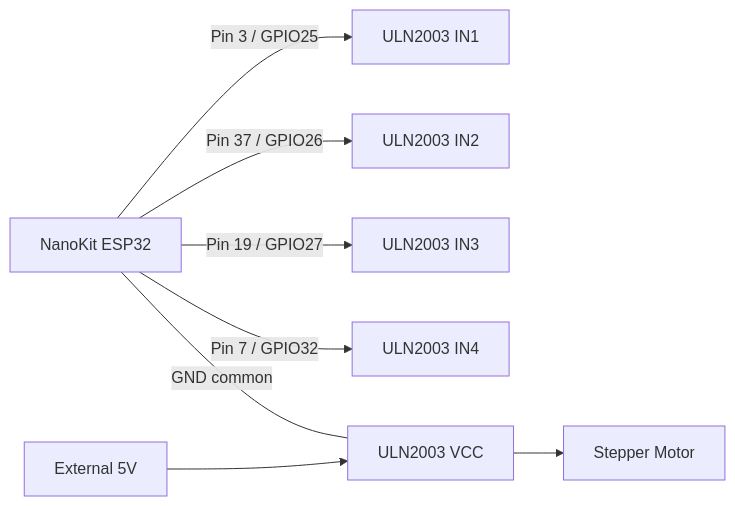
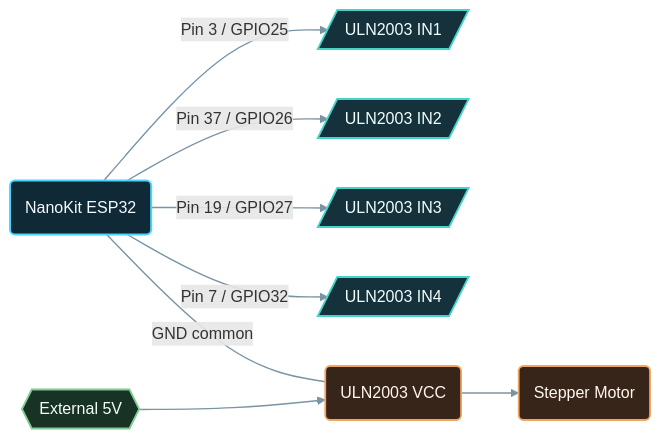
Before and after one commit to ProAmineOfficial/NanoKit-ESP32: the diagram in examples_on_platformio/stepper_motor_control/images/connection-diagram.md, drawn with Mermaid. The commit also changed 15 other files, not shown here.

Commit message:
docs: apply semantic Mermaid styling

````diff
--- a/examples_on_platformio/stepper_motor_control/images/connection-diagram.md
+++ b/examples_on_platformio/stepper_motor_control/images/connection-diagram.md
@@ -5,10 +5,20 @@
 ```mermaid
 flowchart LR
-  NK[NanoKit ESP32] -->|Pin 3 / GPIO25| IN1[ULN2003 IN1]
-  NK -->|Pin 37 / GPIO26| IN2[ULN2003 IN2]
-  NK -->|Pin 19 / GPIO27| IN3[ULN2003 IN3]
-  NK -->|Pin 7 / GPIO32| IN4[ULN2003 IN4]
-  SUPPLY[External 5V] --> DRIVER[ULN2003 VCC]
+  NK("NanoKit ESP32") -->|Pin 3 / GPIO25| IN1[/ULN2003 IN1/]
+  NK -->|Pin 37 / GPIO26| IN2[/ULN2003 IN2/]
+  NK -->|Pin 19 / GPIO27| IN3[/ULN2003 IN3/]
+  NK -->|Pin 7 / GPIO32| IN4[/ULN2003 IN4/]
+  SUPPLY{{External 5V}} --> DRIVER("ULN2003 VCC")
   NK ---|GND common| DRIVER
-  DRIVER --> MOTOR[Stepper Motor]
+  DRIVER --> MOTOR("Stepper Motor")
+
+  classDef controller fill:#102936,stroke:#4dd4ff,stroke-width:2px,color:#f4fbff
+  classDef io fill:#15313c,stroke:#43d5ca,stroke-width:1.8px,color:#f3fffd
+  classDef power fill:#183326,stroke:#7ccd91,stroke-width:1.8px,color:#f4fff6
+  classDef actuator fill:#37251a,stroke:#f0a560,stroke-width:1.8px,color:#fff8ef
+  class NK controller
+  class IN1,IN2,IN3,IN4 io
+  class SUPPLY power
+  class DRIVER,MOTOR actuator
+  linkStyle default stroke:#7894a5,stroke-width:1.4px
 ```
````
